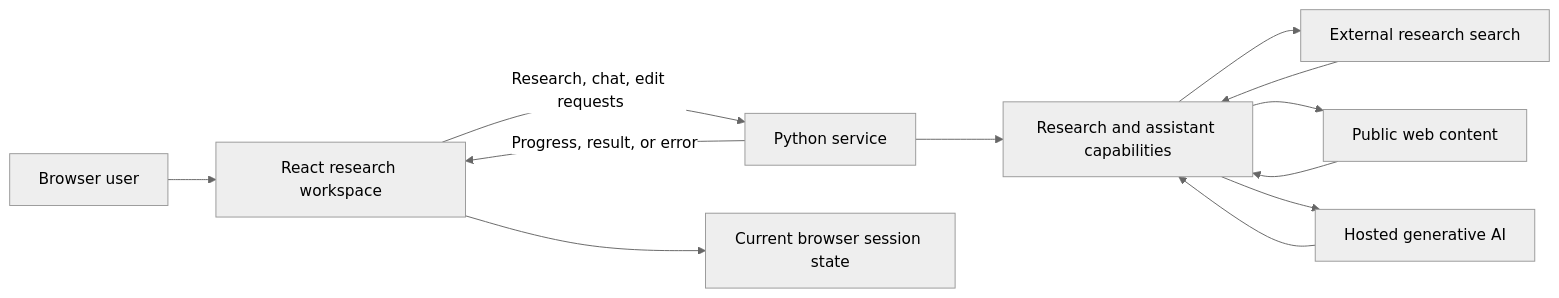
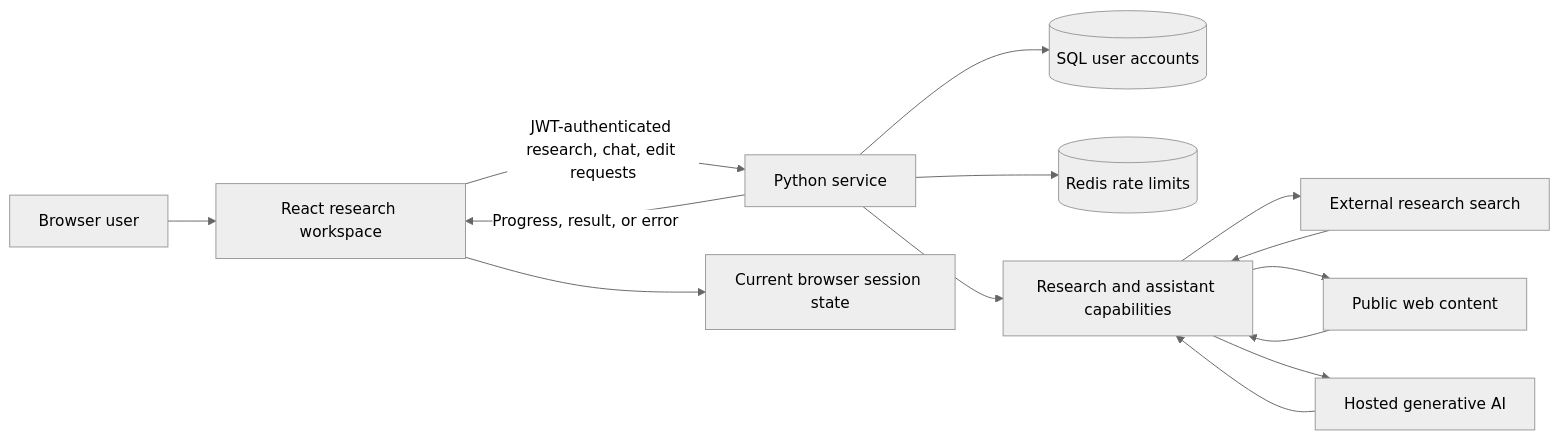
The first of 4 diagrams in PUBLIC_PROJECT_DOCUMENTATION.md (Ultriti-Tech/ResearchBand-Research-Report-Agent), drawn with Mermaid (neutral theme) before and after one commit. The commit also changed other lines of this file and 12 other files, not shown here.

````diff
--- a/PUBLIC_PROJECT_DOCUMENTATION.md
+++ b/PUBLIC_PROJECT_DOCUMENTATION.md
@@ -293,14 +296,16 @@
 ```mermaid
 flowchart LR
     USER[Browser user] --> FRONTEND[React research workspace]
-    FRONTEND -->|Research, chat, edit requests| SERVICE[Python service]
+    FRONTEND -->|JWT-authenticated research, chat, edit requests| SERVICE[Python service]
     SERVICE -->|Progress, result, or error| FRONTEND
+    SERVICE --> ACCOUNTS[(SQL user accounts)]
+    SERVICE --> LIMITS[(Redis rate limits)]
     SERVICE --> ORCH[Research and assistant capabilities]
     ORCH --> SEARCH[External research search]
     ORCH --> PAGE[Public web content]
     ORCH --> MODEL[Hosted generative AI]
     SEARCH --> ORCH
     PAGE --> ORCH
     MODEL --> ORCH
     FRONTEND --> LOCAL[Current browser session state]
 ```
````
